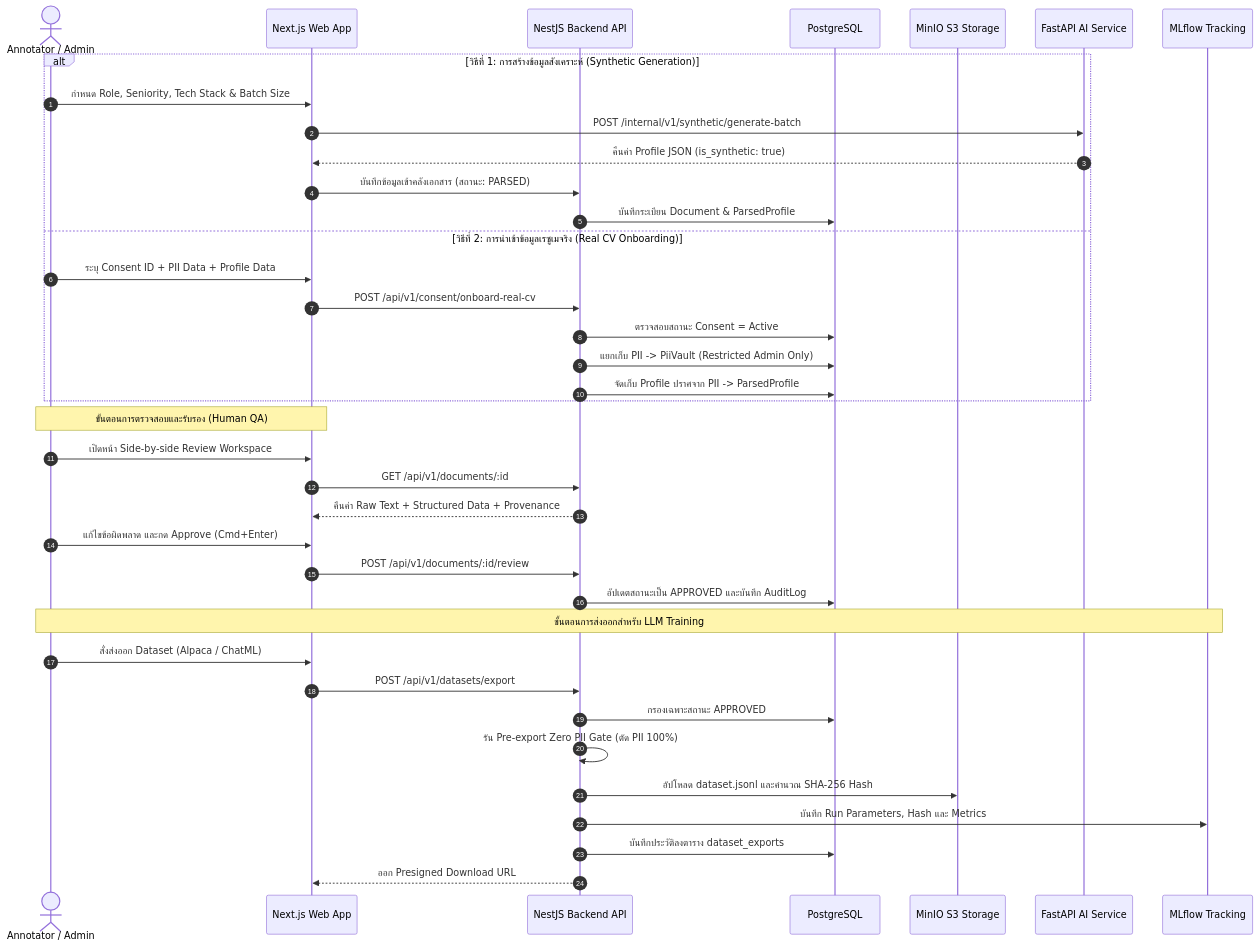
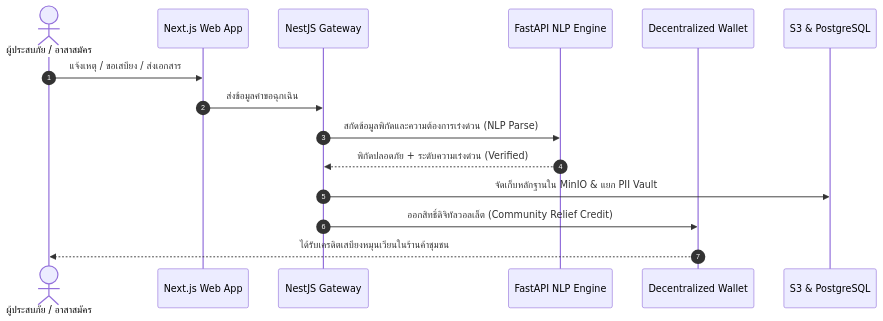
One commit to Phoomss/interviewx-datahub changed the second of 2 diagrams in README.md. Above: the diagram before and after it, drawn with Mermaid. The commit also changed other lines of this file, not shown here.

Commit message:
docs: update README with Hackathon Status, Platform Design, Fintech, AI/NLP, and License

````diff
--- a/README.md
+++ b/README.md
@@ -78,43 +82,18 @@
 ```mermaid
 sequenceDiagram
     autonumber
-    actor User as Annotator / Admin
-    participant UI as Next.js Web App
-    participant Nest as NestJS Backend API
-    participant DB as PostgreSQL
-    participant S3 as MinIO S3 Storage
-    participant AI as FastAPI AI Service
-    participant ML as MLflow Tracking
+    actor User as ผู้ประสบภัย / อาสาสมัคร
+    participant App as Next.js Web App
+    participant Core as NestJS Gateway
+    participant AI as FastAPI NLP Engine
+    participant Wallet as Decentralized Wallet
+    participant Store as S3 & PostgreSQL
 
-    alt วิธีที่ 1: การสร้างข้อมูลสังเคราะห์ (Synthetic Generation)
-        User->>UI: กำหนด Role, Seniority, Tech Stack & Batch Size
-        UI->>AI: POST /internal/v1/synthetic/generate-batch
-        AI-->>UI: คืนค่า Profile JSON (is_synthetic: true)
-        UI->>Nest: บันทึกข้อมูลเข้าคลังเอกสาร (สถานะ: PARSED)
-        Nest->>DB: บันทึกระเบียน Document & ParsedProfile
-    else วิธีที่ 2: การนำเข้าข้อมูลเรซูเมจริง (Real CV Onboarding)
-        User->>UI: ระบุ Consent ID + PII Data + Profile Data
-        UI->>Nest: POST /api/v1/consent/onboard-real-cv
-        Nest->>DB: ตรวจสอบสถานะ Consent = Active
-        Nest->>DB: แยกเก็บ PII -> PiiVault (Restricted Admin Only)
-        Nest->>DB: จัดเก็บ Profile ปราศจาก PII -> ParsedProfile
-    end
-
-    Note over User,UI: ขั้นตอนการตรวจสอบและรับรอง (Human QA)
-    User->>UI: เปิดหน้า Side-by-side Review Workspace
-    UI->>Nest: GET /api/v1/documents/:id
-    Nest-->>UI: คืนค่า Raw Text + Structured Data + Provenance
-    User->>UI: แก้ไขข้อผิดพลาด และกด Approve (Cmd+Enter)
-    UI->>Nest: POST /api/v1/documents/:id/review
-    Nest->>DB: อัปเดตสถานะเป็น APPROVED และบันทึก AuditLog
-
-    Note over User,ML: ขั้นตอนการส่งออกสำหรับ LLM Training
-    User->>UI: สั่งส่งออก Dataset (Alpaca / ChatML)
-    UI->>Nest: POST /api/v1/datasets/export
-    Nest->>DB: กรองเฉพาะสถานะ APPROVED
-    Nest->>Nest: รัน Pre-export Zero PII Gate (ตัด PII 100%)
-    Nest->>S3: อัปโหลด dataset.jsonl และคำนวณ SHA-256 Hash
-    Nest->>ML: บันทึก Run Parameters, Hash และ Metrics
-    Nest->>DB: บันทึกประวัติลงตาราง dataset_exports
-    Nest-->>UI: ออก Presigned Download URL
+    User->>App: แจ้งเหตุ / ขอเสบียง / ส่งเอกสาร
+    App->>Core: ส่งข้อมูลคำขอฉุกเฉิน
+    Core->>AI: สกัดข้อมูลพิกัดและความต้องการเร่งด่วน (NLP Parse)
+    AI-->>Core: พิกัดปลอดภัย + ระดับความเร่งด่วน (Verified)
+    Core->>Store: จัดเก็บหลักฐานใน MinIO & แยก PII Vault
+    Core->>Wallet: ออกสิทธิ์ดิจิทัลวอลเล็ต (Community Relief Credit)
+    Wallet-->>User: ได้รับเครดิตเสบียงหมุนเวียนในร้านค้าชุมชน
 ```
````
